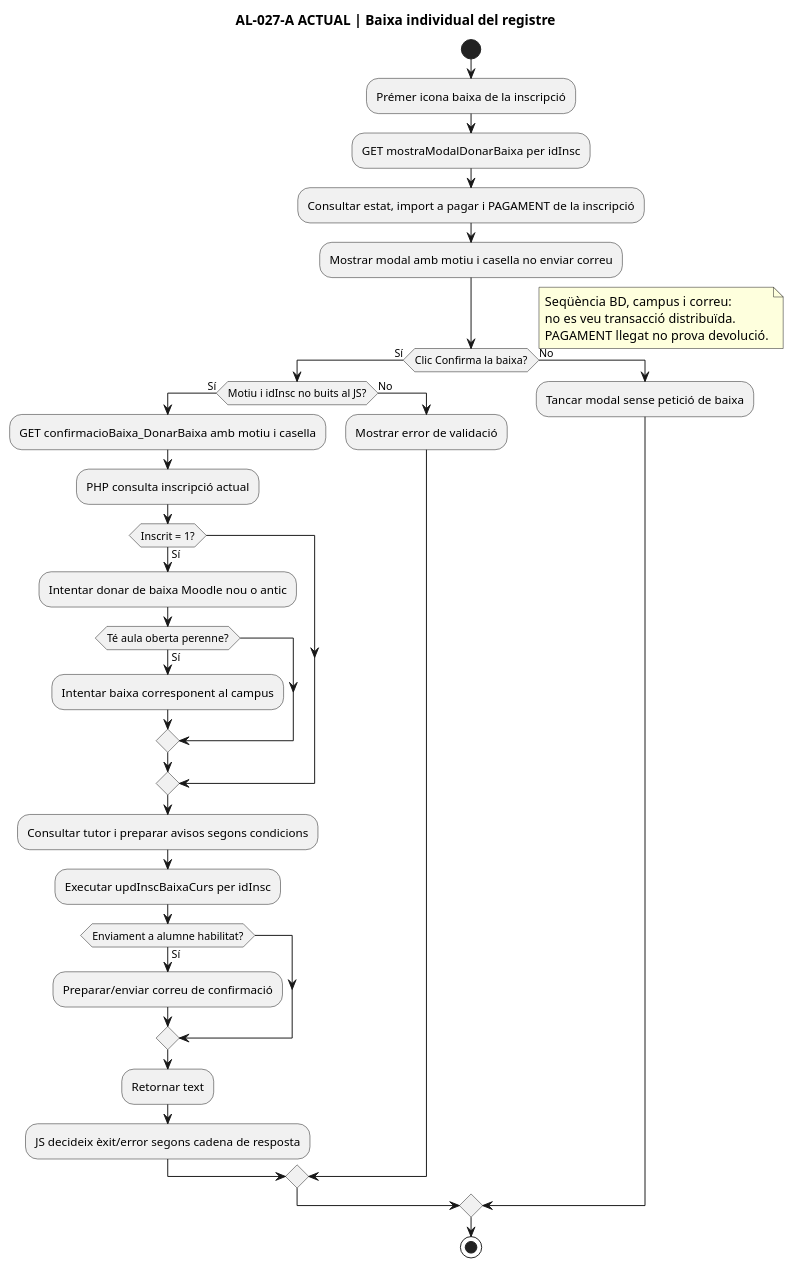
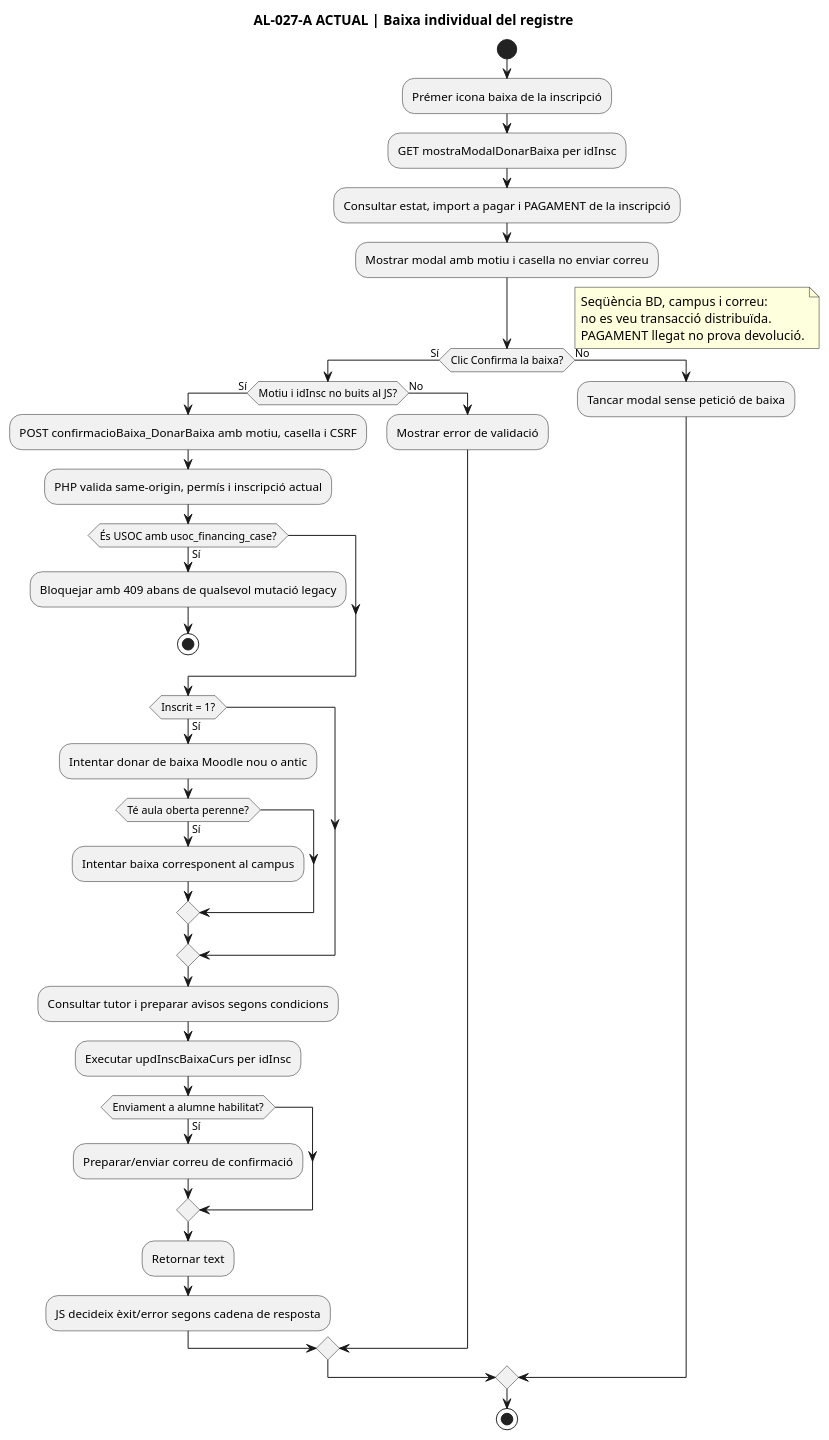
One commit to orgmeriemprismacat-del/verifactu changed the sixth of 7 diagrams in documentacio/07-uml-integrat/uc-027-donar-de-baixa.md. Above: the diagram before and after it, drawn with PlantUML. The commit also changed other lines of this file, not shown here.

Commit message:
docs(uc-027): documentar POST CSRF i guard USOC

````diff
--- a/documentacio/07-uml-integrat/uc-027-donar-de-baixa.md
+++ b/documentacio/07-uml-integrat/uc-027-donar-de-baixa.md
@@ -240,39 +253,43 @@
 ```plantuml
 @startuml
 title AL-027-A ACTUAL | Baixa individual del registre
 start
 :Prémer icona baixa de la inscripció;
 :GET mostraModalDonarBaixa per idInsc;
 :Consultar estat, import a pagar i PAGAMENT de la inscripció;
 :Mostrar modal amb motiu i casella no enviar correu;
 if (Clic Confirma la baixa?) then (Sí)
   if (Motiu i idInsc no buits al JS?) then (Sí)
-    :GET confirmacioBaixa_DonarBaixa amb motiu i casella;
-    :PHP consulta inscripció actual;
+    :POST confirmacioBaixa_DonarBaixa amb motiu, casella i CSRF;
+    :PHP valida same-origin, permís i inscripció actual;
+    if (És USOC amb usoc_financing_case?) then (Sí)
+      :Bloquejar amb 409 abans de qualsevol mutació legacy;
+      stop
+    endif
     if (Inscrit = 1?) then (Sí)
       :Intentar donar de baixa Moodle nou o antic;
       if (Té aula oberta perenne?) then (Sí)
         :Intentar baixa corresponent al campus;
       endif
     endif
     :Consultar tutor i preparar avisos segons condicions;
     :Executar updInscBaixaCurs per idInsc;
     if (Enviament a alumne habilitat?) then (Sí)
       :Preparar/enviar correu de confirmació;
     endif
     :Retornar text;
     :JS decideix èxit/error segons cadena de resposta;
   else (No)
     :Mostrar error de validació;
   endif
 else (No)
   :Tancar modal sense petició de baixa;
 endif
 note right
   Seqüència BD, campus i correu:
   no es veu transacció distribuïda.
   PAGAMENT llegat no prova devolució.
 end note
 stop
 @enduml
 ```
````
